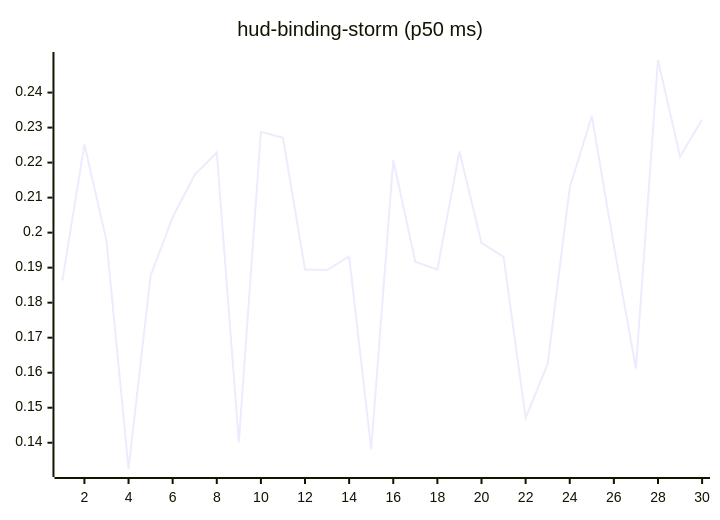
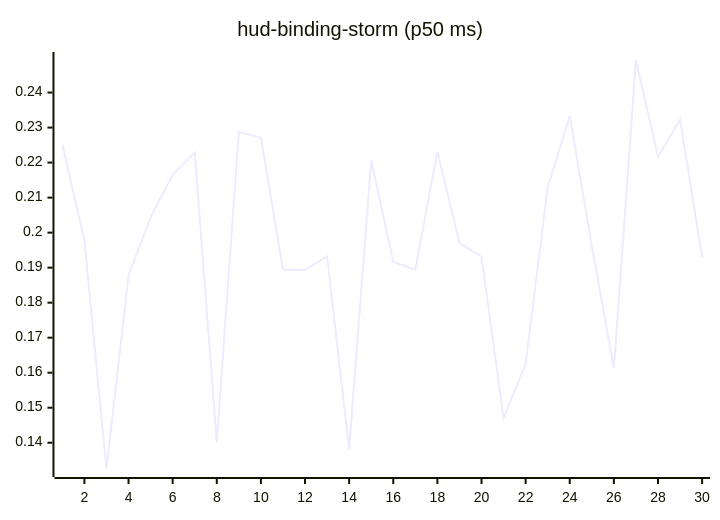
One commit to josha/Facet changed the tenth of 27 diagrams in README.md. Above: the diagram before and after it, drawn with Mermaid. The commit also changed other lines of this file and 2 other files, not shown here.

````diff
--- a/README.md
+++ b/README.md
@@ -126,6 +126,6 @@
 ```mermaid
 xychart-beta
     title "hud-binding-storm (p50 ms)"
     x-axis 1 --> 30
-    line [0.1863, 0.2252, 0.1977, 0.1325, 0.1877, 0.2044, 0.2165, 0.2229, 0.1401, 0.2288, 0.2271, 0.1895, 0.1893, 0.1932, 0.1382, 0.2207, 0.1917, 0.1894, 0.2232, 0.1971, 0.1931, 0.1471, 0.1625, 0.2129, 0.2333, 0.1963, 0.1612, 0.2493, 0.2217, 0.2323]
+    line [0.2252, 0.1977, 0.1325, 0.1877, 0.2044, 0.2165, 0.2229, 0.1401, 0.2288, 0.2271, 0.1895, 0.1893, 0.1932, 0.1382, 0.2207, 0.1917, 0.1894, 0.2232, 0.1971, 0.1931, 0.1471, 0.1625, 0.2129, 0.2333, 0.1963, 0.1612, 0.2493, 0.2217, 0.2323, 0.1930]
 ```
````
